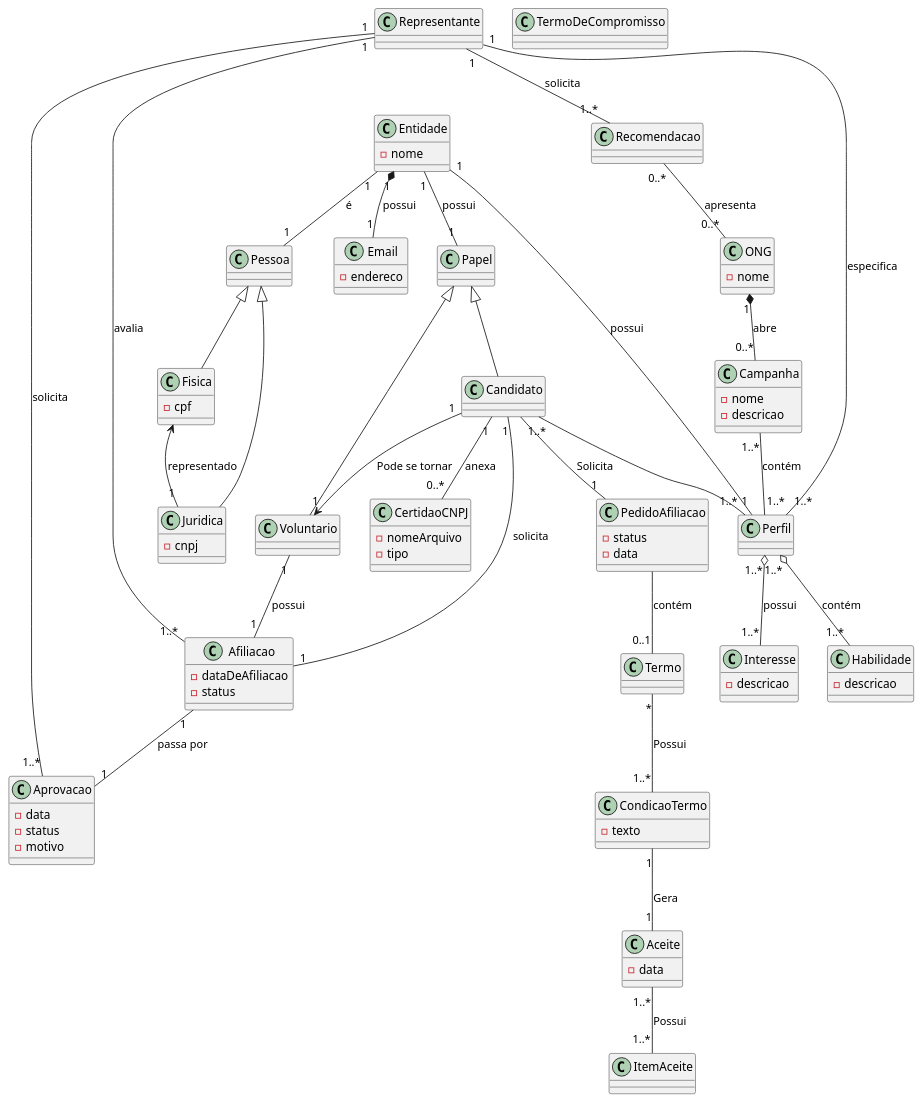
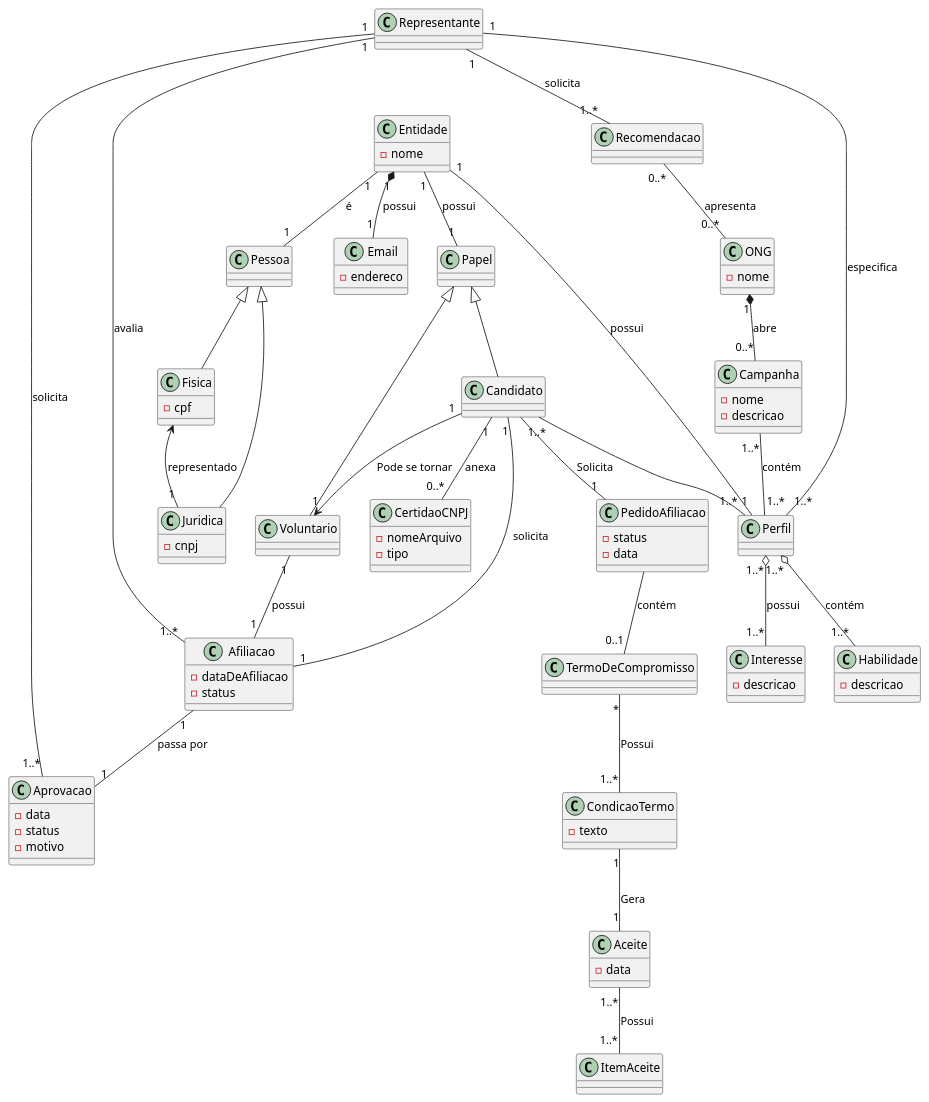
The diagram in diagrama-de-classes-dominio-revisado/diagrama-dominio-revisado.puml (guisgiacomini/redeMaisSocialProjetoSoftware), drawn with PlantUML before and after one commit.

```diff
--- a/diagrama-de-classes-dominio-revisado/diagrama-dominio-revisado.puml
+++ b/diagrama-de-classes-dominio-revisado/diagrama-dominio-revisado.puml
@@ -1,136 +1,136 @@
 @startuml
 
 class Entidade {
   -nome
 }
 
 class Papel 
 
 class Pessoa
 
 class Fisica extends Pessoa {
   -cpf
 }
 
 class Juridica extends Pessoa{
   -cnpj
 }
 
 class Candidato extends Papel{
 }
 
 class ONG { 
     -nome
 }
 
 class Voluntario extends Papel{
 
 }
 
 class Campanha {
     -nome
     -descricao
 }
 
 class Afiliacao {
     -dataDeAfiliacao
     -status
 }
 
 class Perfil {
 
 }
 
 class Habilidade {
     -descricao
 }
 
 class Interesse {
     -descricao
 }
 
 class Representante {
     
 }
 
 class Email {
     -endereco
 }
 
 class Recomendacao {
 
 }
 
 class Aprovacao {
     -data
     -status
     -motivo
 }
 
 class CertidaoCNPJ {
     -nomeArquivo
     -tipo
 }
 
-class TermoDeCompromisso {
+class "TermoDeCompromisso" as Termo{
 }
 
 class CondicaoTermo{
     -texto
 }
 
 class Aceite {
  -data
 }
 
 class ItemAceite {
  
 }
 
 class PedidoAfiliacao {
     -status
     -data
 }
 
 Perfil "1..*" o-- "1..*" Habilidade: contém
 Perfil "1..*" o-- "1..*" Interesse: possui
 
 Entidade "1" -- "1" Papel: possui
 Entidade "1" -- "1" Pessoa: é
 
 Fisica <-- "1" Juridica: representado
 
 Candidato "1" -- "1" Afiliacao: solicita
 Candidato "1" -- "0..*" CertidaoCNPJ: anexa
 Candidato "1..*" -- "1..*" Perfil
 Candidato -- "1" PedidoAfiliacao: Solicita
 Candidato "1" --> "1" Voluntario: Pode se tornar
 
 Entidade "1" -- "1" Perfil: possui
 Entidade "1" *-- "1" Email: possui
 
 ONG "1" *-- "0..*" Campanha: abre
 Campanha "1..*" -- "1..*" Perfil: contém
 
 Representante "1" -- "1..*" Afiliacao: avalia
 Representante "1" -- "1..*" Aprovacao: solicita
 Representante "1" -- "1..*" Perfil: especifica
 Representante "1" -- "1..*" Recomendacao: solicita
 
 Recomendacao "0..*" -- "0..*" ONG: apresenta
 
 Afiliacao "1" -- "1" Aprovacao : "passa por"
 
 Voluntario "1" -- "1" Afiliacao: "possui"
 
 
 PedidoAfiliacao -- "0..1" Termo: contém
 
 Termo "*" -- "1..*" CondicaoTermo: Possui
 
 CondicaoTermo "1" -- "1" Aceite: Gera
 
 Aceite "1..*" -- "1..*" ItemAceite: Possui
 
 
 @enduml
```
